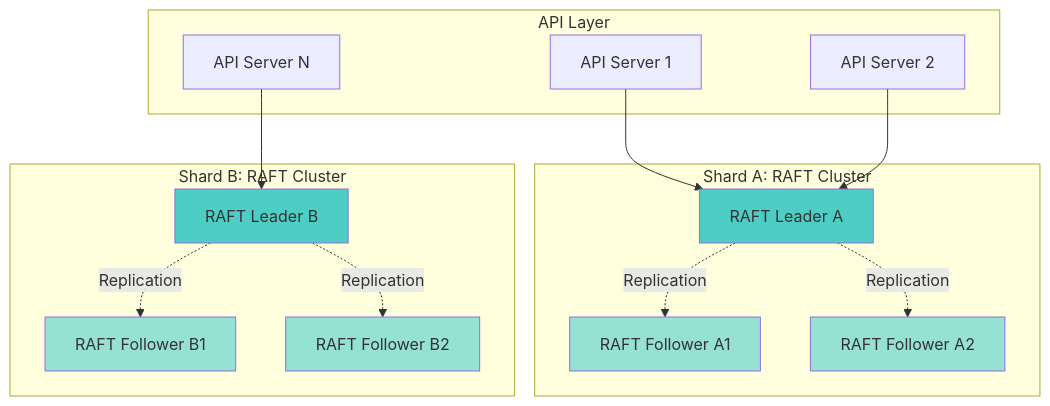
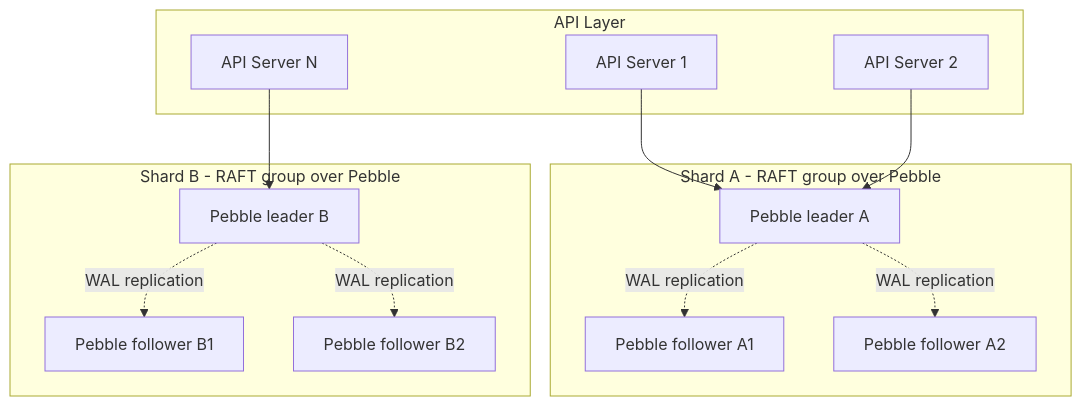
One commit to osvaldoandrade/codeq changed the third of 3 diagrams in docs/24-queue-sharding-hld.md. Above: the diagram before and after it, drawn with Mermaid. The commit also changed other lines of this file and 70 other files, not shown here.

````diff
--- a/docs/24-queue-sharding-hld.md
+++ b/docs/24-queue-sharding-hld.md
@@ -507,37 +477,30 @@
 ```mermaid
 graph TB
-    subgraph "API Layer"
-        API1[API Server 1]
-        API2[API Server 2]
-        API3[API Server N]
-    end
-    
-    subgraph "Shard A: RAFT Cluster"
-        RAFT_A_L[RAFT Leader A]
-        RAFT_A_F1[RAFT Follower A1]
-        RAFT_A_F2[RAFT Follower A2]
-        
-        RAFT_A_L -.->|Replication| RAFT_A_F1
-        RAFT_A_L -.->|Replication| RAFT_A_F2
-    end
-    
-    subgraph "Shard B: RAFT Cluster"
-        RAFT_B_L[RAFT Leader B]
-        RAFT_B_F1[RAFT Follower B1]
-        RAFT_B_F2[RAFT Follower B2]
-        
-        RAFT_B_L -.->|Replication| RAFT_B_F1
-        RAFT_B_L -.->|Replication| RAFT_B_F2
-    end
-    
-    API1 --> RAFT_A_L
-    API2 --> RAFT_A_L
-    API3 --> RAFT_B_L
-    
-    style RAFT_A_L fill:#4ecdc4
-    style RAFT_A_F1 fill:#95e1d3
-    style RAFT_A_F2 fill:#95e1d3
-    style RAFT_B_L fill:#4ecdc4
-    style RAFT_B_F1 fill:#95e1d3
-    style RAFT_B_F2 fill:#95e1d3
+  subgraph APILayer[API Layer]
+    API1[API Server 1]
+    API2[API Server 2]
+    API3[API Server N]
+  end
+
+  subgraph ShardA[Shard A - RAFT group over Pebble]
+    RAFT_A_L[Pebble leader A]
+    RAFT_A_F1[Pebble follower A1]
+    RAFT_A_F2[Pebble follower A2]
+
+    RAFT_A_L -.->|WAL replication| RAFT_A_F1
+    RAFT_A_L -.->|WAL replication| RAFT_A_F2
+  end
+
+  subgraph ShardB[Shard B - RAFT group over Pebble]
+    RAFT_B_L[Pebble leader B]
+    RAFT_B_F1[Pebble follower B1]
+    RAFT_B_F2[Pebble follower B2]
+
+    RAFT_B_L -.->|WAL replication| RAFT_B_F1
+    RAFT_B_L -.->|WAL replication| RAFT_B_F2
+  end
+
+  API1 --> RAFT_A_L
+  API2 --> RAFT_A_L
+  API3 --> RAFT_B_L
 ```
````
